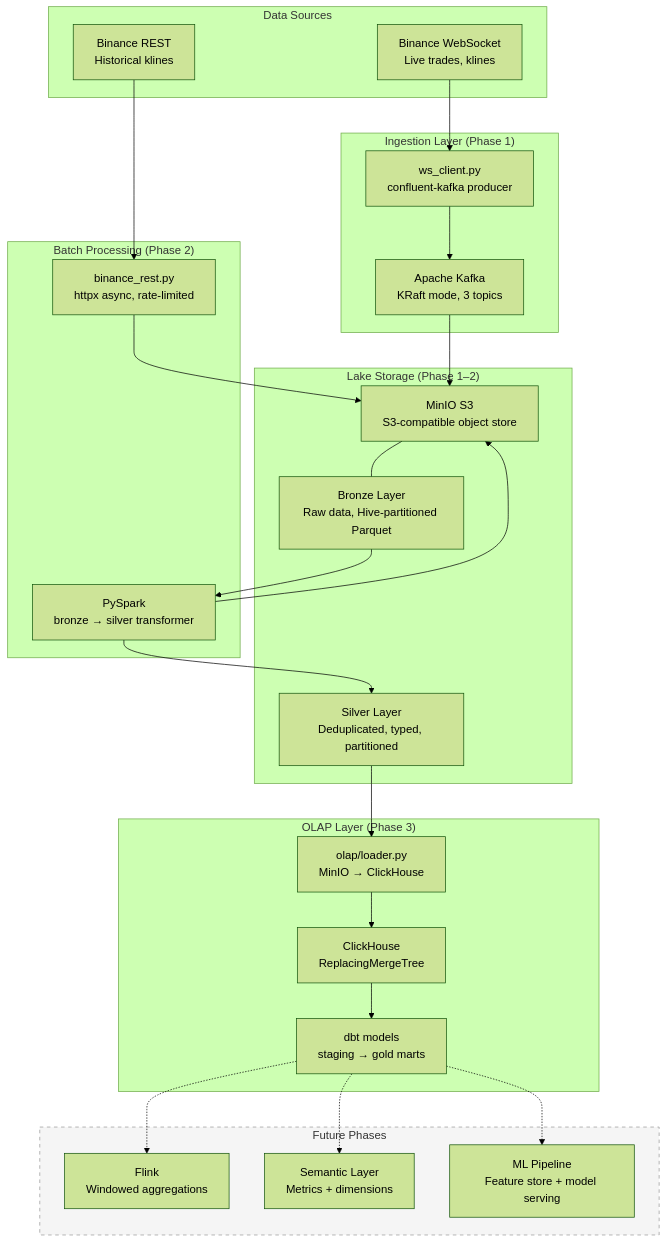
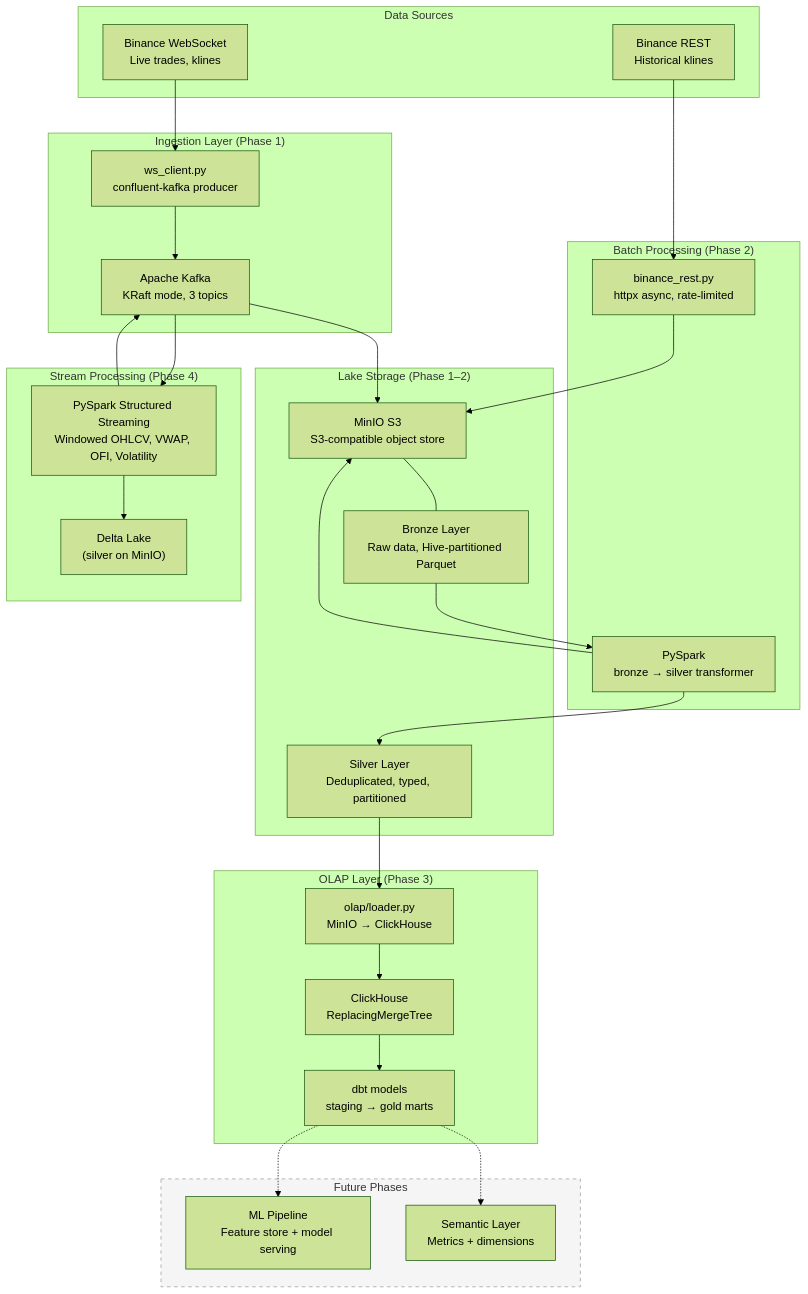
The diagram in docs/architecture/overview.md (weecici/project-x), drawn with Mermaid (forest theme) before and after one commit. The commit also changed other lines of this file and 12 other files, not shown here.

````diff
--- a/docs/architecture/overview.md
+++ b/docs/architecture/overview.md
@@ -7,54 +7,60 @@
 ```mermaid
 flowchart TB
     subgraph SOURCES["Data Sources"]
         WS["Binance WebSocket\nLive trades, klines"]
         REST["Binance REST\nHistorical klines"]
     end
 
     subgraph INGESTION["Ingestion Layer (Phase 1)"]
         PROD["ws_client.py\nconfluent-kafka producer"]
         KAFKA["Apache Kafka\nKRaft mode, 3 topics"]
+    end
+
+    subgraph STREAM["Stream Processing (Phase 4)"]
+        SPARK_STREAM["PySpark Structured Streaming\nWindowed OHLCV, VWAP, OFI, Volatility"]
+        DELTA["Delta Lake\n(silver on MinIO)"]
     end
 
     subgraph LAKE["Lake Storage (Phase 1–2)"]
         S3["MinIO S3\nS3-compatible object store"]
         BRONZE["Bronze Layer\nRaw data, Hive-partitioned Parquet"]
         SILVER["Silver Layer\nDeduplicated, typed, partitioned"]
     end
 
     subgraph BATCH["Batch Processing (Phase 2)"]
         BACKFILL["binance_rest.py\nhttpx async, rate-limited"]
         PYSPARK["PySpark\nbronze → silver transformer"]
     end
 
     subgraph OLAP["OLAP Layer (Phase 3)"]
         LOADER["olap/loader.py\nMinIO → ClickHouse"]
         CH["ClickHouse\nReplacingMergeTree"]
         DBT["dbt models\nstaging → gold marts"]
     end
 
     subgraph FUTURE["Future Phases"]
-        FLINK["Flink\nWindowed aggregations"]
         SEMANTIC["Semantic Layer\nMetrics + dimensions"]
         ML["ML Pipeline\nFeature store + model serving"]
     end
 
     WS --> PROD --> KAFKA
     REST --> BACKFILL
 
     KAFKA --> S3
+    KAFKA --> SPARK_STREAM
     BACKFILL --> S3
     S3 --- BRONZE
     PYSPARK --> S3
     BRONZE --> PYSPARK
     PYSPARK --> SILVER
+    SPARK_STREAM --> DELTA
+    SPARK_STREAM --> KAFKA
 
     SILVER --> LOADER --> CH
     CH --> DBT
 
-    DBT -.-> FLINK
     DBT -.-> SEMANTIC
     DBT -.-> ML
 
     style FUTURE fill:#f5f5f5,stroke:#999,stroke-dasharray: 5 5
 ```
````
